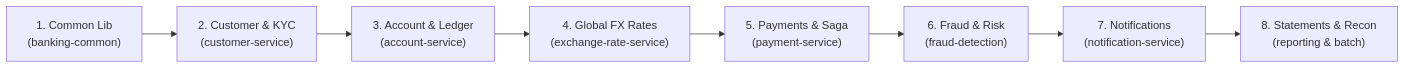
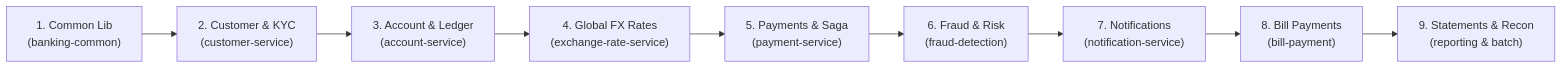
The first of 4 diagrams in BEGINNER_LEARNING_GUIDE.md (Aaseya120/FintechEnterprisePlatform), drawn with Mermaid before and after one commit. The commit also changed other lines of this file and 387 other files, not shown here.

````diff
--- a/BEGINNER_LEARNING_GUIDE.md
+++ b/BEGINNER_LEARNING_GUIDE.md
@@ -19,10 +19,11 @@
 ```mermaid
 flowchart LR
     Step1["1. Common Lib\n(banking-common)"] --> Step2["2. Customer & KYC\n(customer-service)"]
     Step2 --> Step3["3. Account & Ledger\n(account-service)"]
     Step3 --> Step4["4. Global FX Rates\n(exchange-rate-service)"]
     Step4 --> Step5["5. Payments & Saga\n(payment-service)"]
     Step5 --> Step6["6. Fraud & Risk\n(fraud-detection)"]
     Step6 --> Step7["7. Notifications\n(notification-service)"]
-    Step7 --> Step8["8. Statements & Recon\n(reporting & batch)"]
+    Step7 --> Step8["8. Bill Payments\n(bill-payment)"]
+    Step8 --> Step9["9. Statements & Recon\n(reporting & batch)"]
 ```
````
